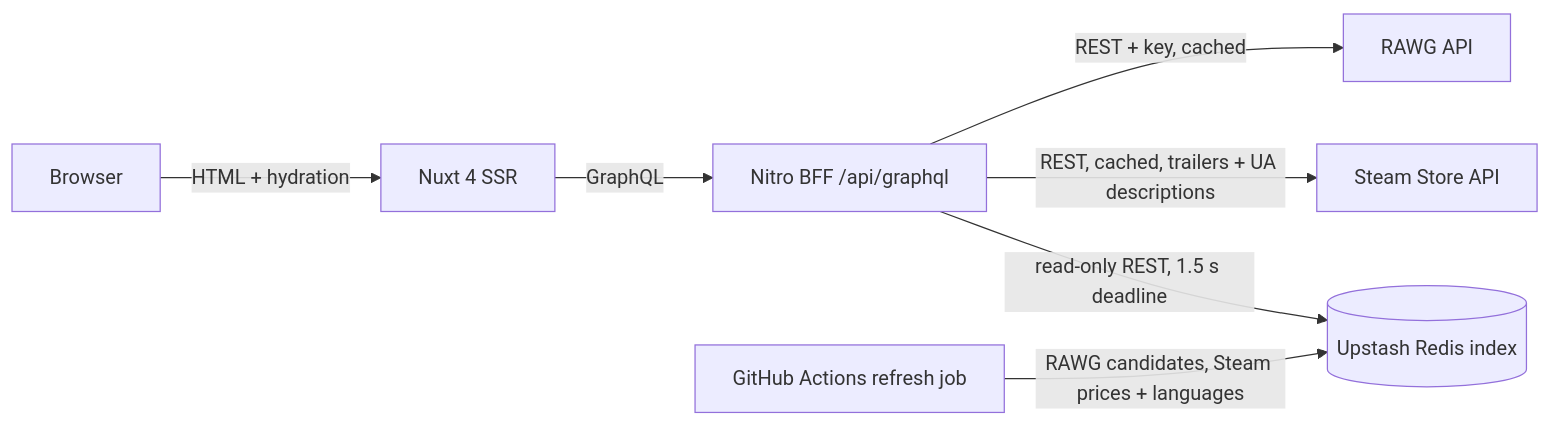
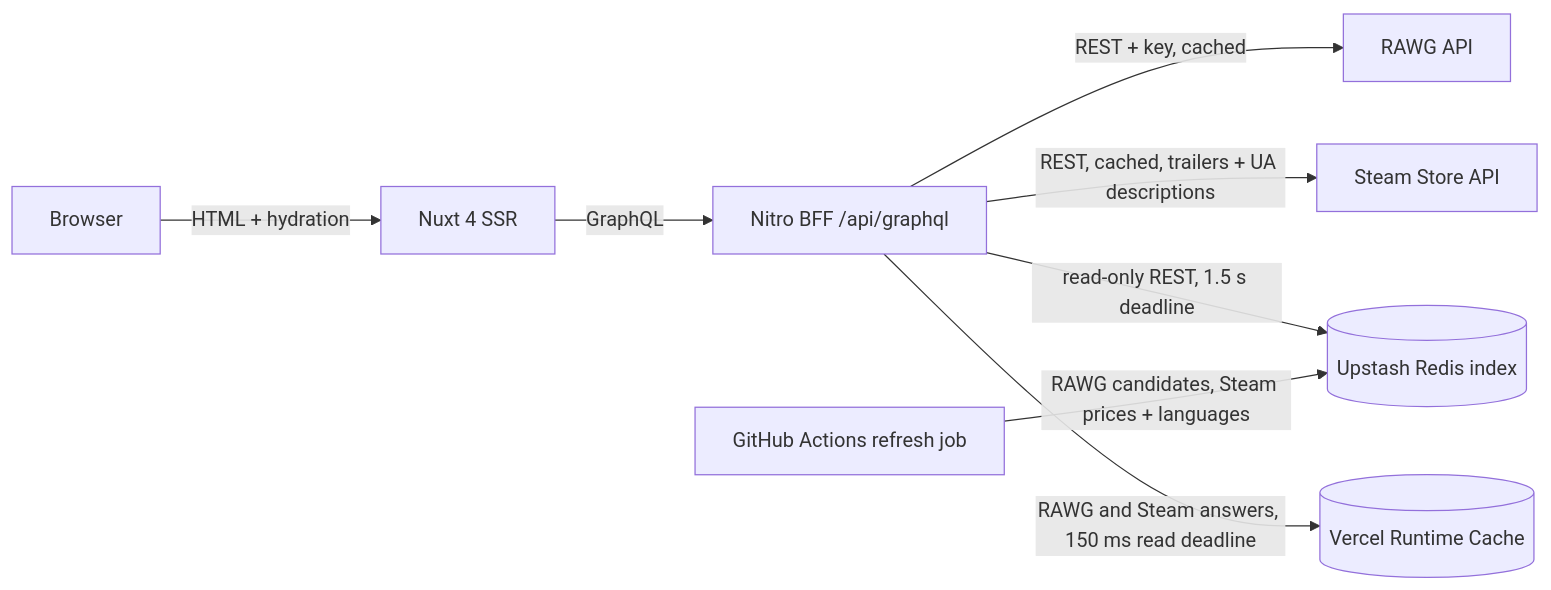
The diagram in README.md (Sennjen/gg-stay), drawn with Mermaid before and after one commit. The commit also changed other lines of this file and 1 other file, not shown here.

Commit message:
Say in the README and ADR-001 what the shared cache changes and what stays per instance

````diff
--- a/README.md
+++ b/README.md
@@ -32,9 +32,10 @@
 ```mermaid
 flowchart LR
   B[Browser] -->|HTML + hydration| N[Nuxt 4 SSR]
   N -->|GraphQL| G[Nitro BFF /api/graphql]
   G -->|REST + key, cached| R[RAWG API]
   G -->|REST, cached, trailers + UA descriptions| S[Steam Store API]
   G -->|read-only REST, 1.5 s deadline| I[(Upstash Redis index)]
+  G -->|RAWG and Steam answers, 150 ms read deadline| C[(Vercel Runtime Cache)]
   J[GitHub Actions refresh job] -->|RAWG candidates, Steam prices + languages| I
 ```
````
